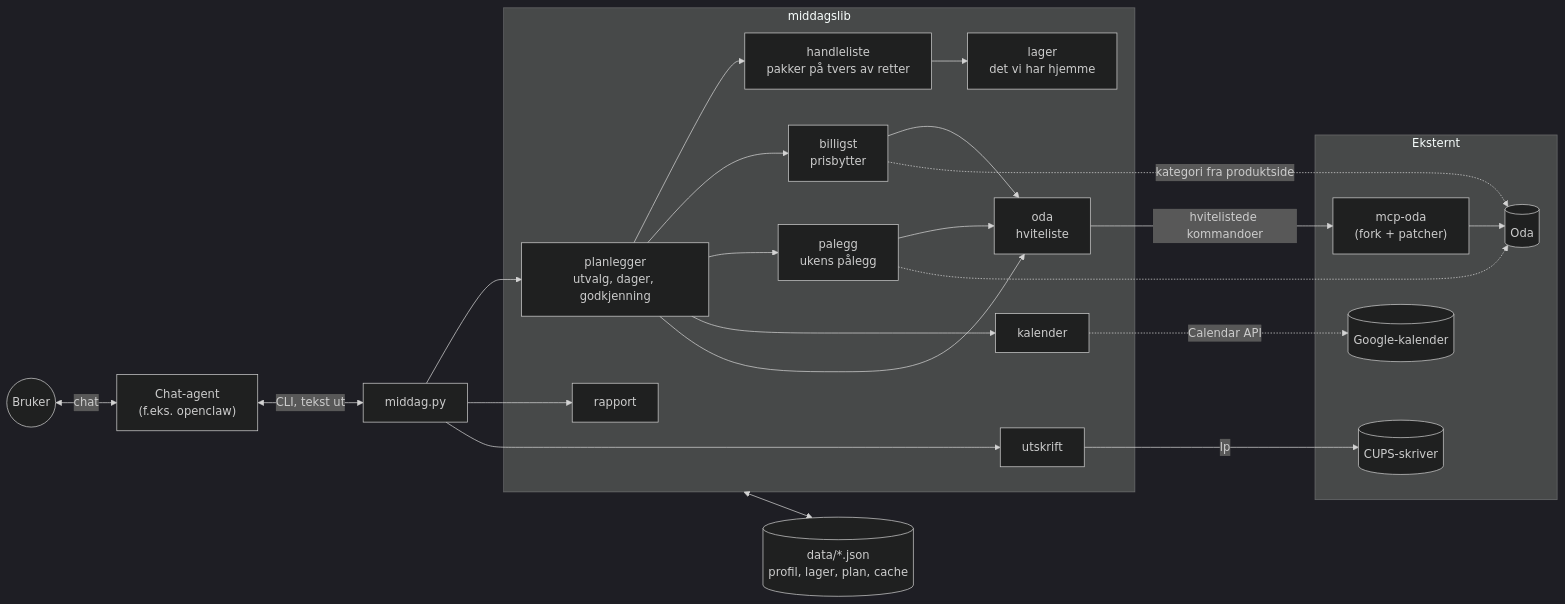
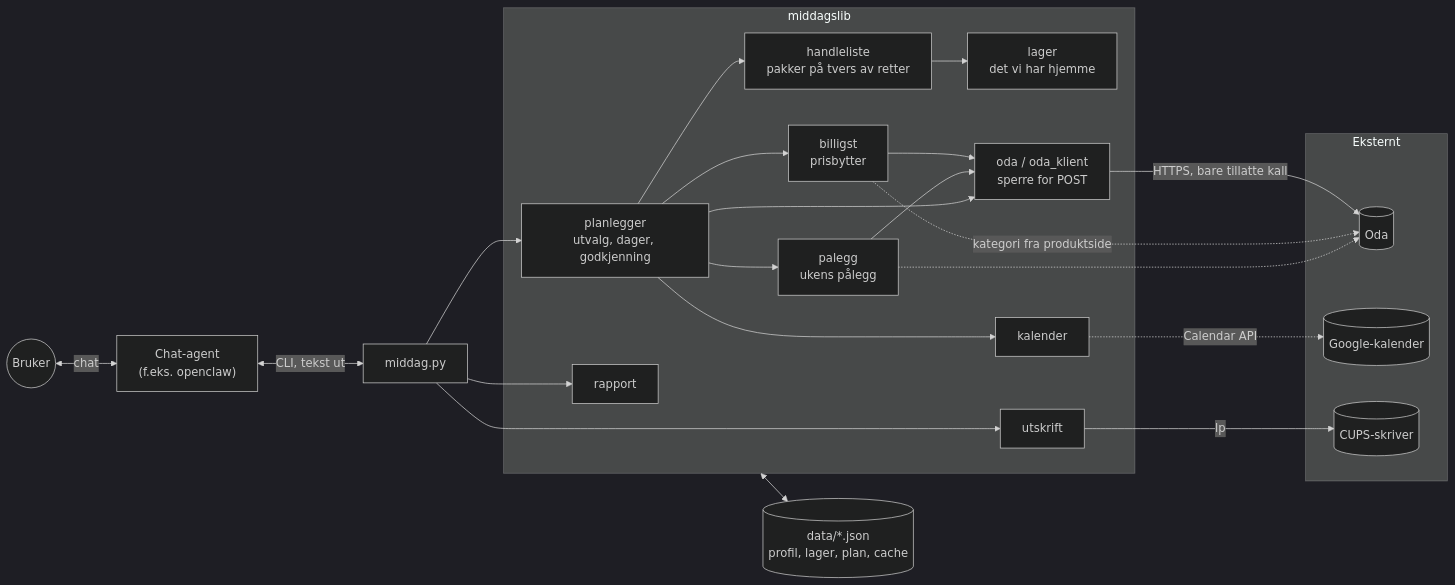
One commit to mrfoyl/middagsplanlegger changed the first of 2 diagrams in README.md. Above: the diagram before and after it, drawn with Mermaid (dark theme). The commit also changed other lines of this file and 10 other files, not shown here.

First line of the commit message:
Port Oda-klienten fra mcp-oda (TypeScript) til Python

````diff
--- a/README.md
+++ b/README.md
@@ -14,43 +14,41 @@
 ```mermaid
 flowchart LR
     B((Bruker)) <-->|chat| A["Chat-agent<br/>(f.eks. openclaw)"]
     A <-->|CLI, tekst ut| M[middag.py]
 
     subgraph lib [middagslib]
         P[planlegger<br/>utvalg, dager, godkjenning]
         H[handleliste<br/>pakker på tvers av retter]
         L[lager<br/>det vi har hjemme]
         BI[billigst<br/>prisbytter]
         PA[palegg<br/>ukens pålegg]
         K[kalender]
         R[rapport]
         U[utskrift]
-        O[oda<br/>hviteliste]
+        O[oda / oda_klient<br/>sperre for POST]
     end
 
     M --> P
     P --> H --> L
     P --> BI
     P --> PA
     P --> K
     M --> R
     M --> U
     BI --> O
     PA --> O
     P --> O
 
     subgraph ext [Eksternt]
-        MO["mcp-oda<br/>(fork + patcher)"]
         ODA[(Oda)]
         GC[(Google-kalender)]
         CUPS[(CUPS-skriver)]
     end
 
-    O -->|"hvitelistede kommandoer"| MO
-    MO --> ODA
+    O -->|"HTTPS, bare tillatte kall"| ODA
     BI -.->|"kategori fra produktside"| ODA
     PA -.-> ODA
     K -.->|Calendar API| GC
     U -->|lp| CUPS
     lib <--> D[("data/*.json<br/>profil, lager, plan, cache")]
 ```
````
